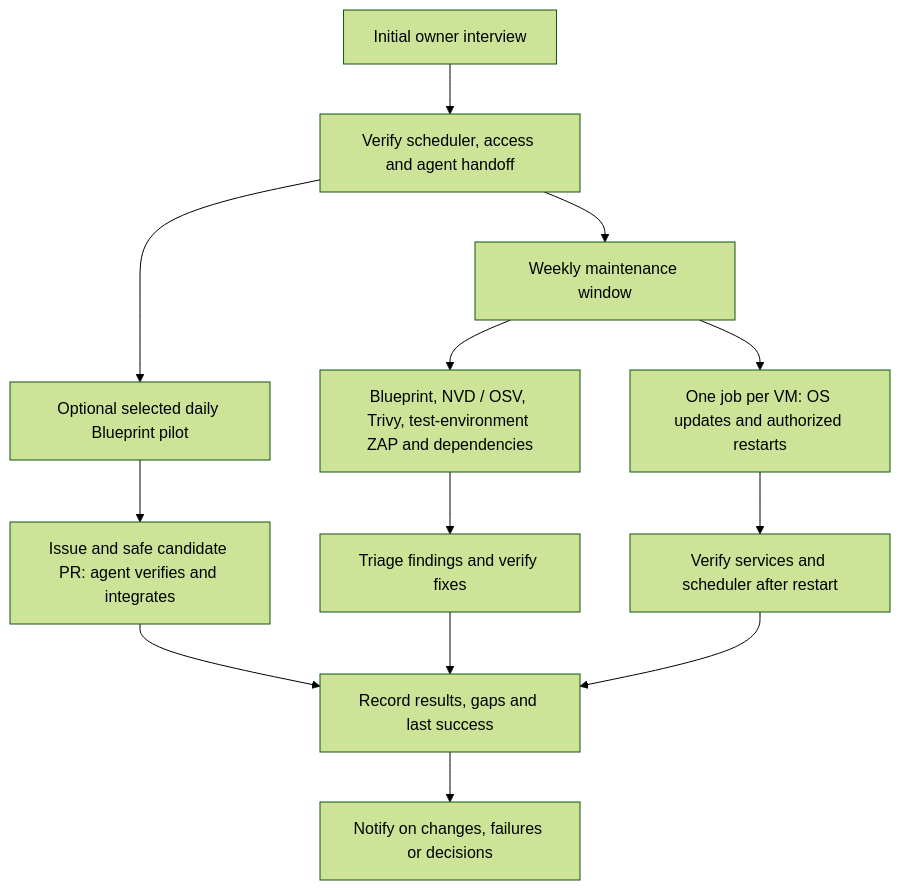
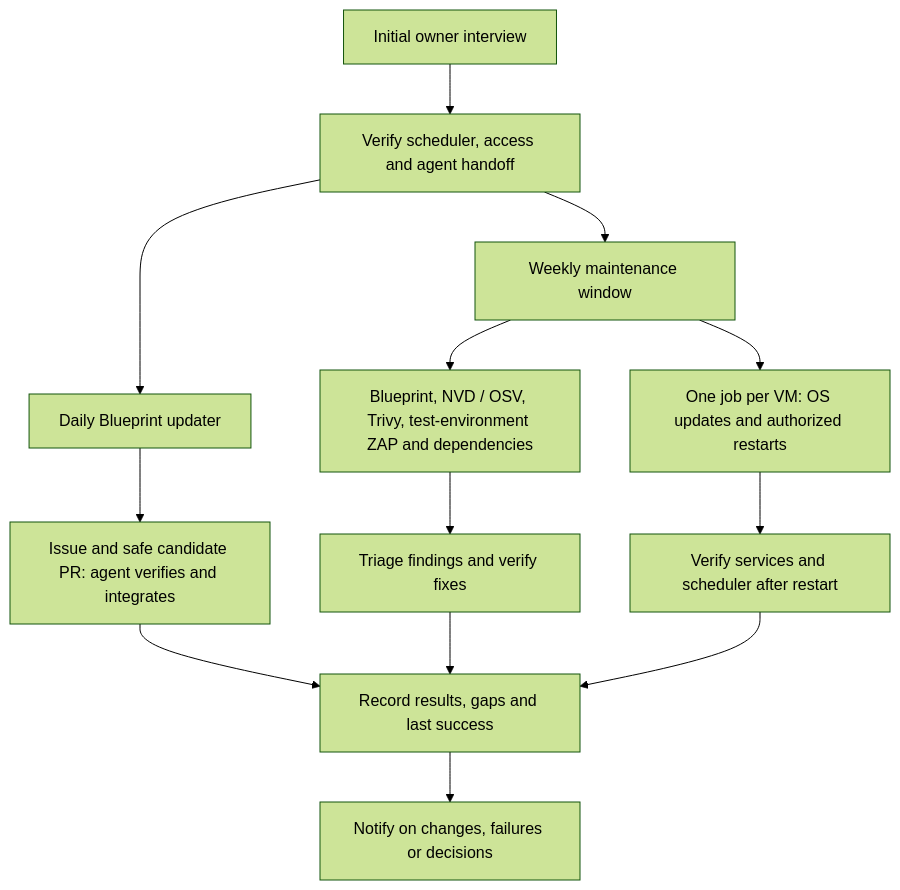
Before and after one commit to shrocktech/project-blueprint: the diagram in README.md, drawn with Mermaid (forest theme). The commit also changed other lines of this file and 5 other files, not shown here.

Commit message:
Make Blueprint updater standard (#94)

````diff
--- a/README.md
+++ b/README.md
@@ -170,15 +170,15 @@
 ```mermaid
 flowchart TD
     A[Initial owner interview] --> B[Verify scheduler, access and agent handoff]
     B --> C[Weekly maintenance window]
-    B --> D[Optional selected daily Blueprint pilot]
+    B --> D[Daily Blueprint updater]
     C --> E[Blueprint, NVD / OSV, Trivy, test-environment ZAP and dependencies]
     C --> F[One job per VM: OS updates and authorized restarts]
     D --> G[Issue and safe candidate PR: agent verifies and integrates]
     E --> H[Triage findings and verify fixes]
     F --> I[Verify services and scheduler after restart]
     G --> J[Record results, gaps and last success]
     H --> J
     I --> J
     J --> K[Notify on changes, failures or decisions]
 ```
````
